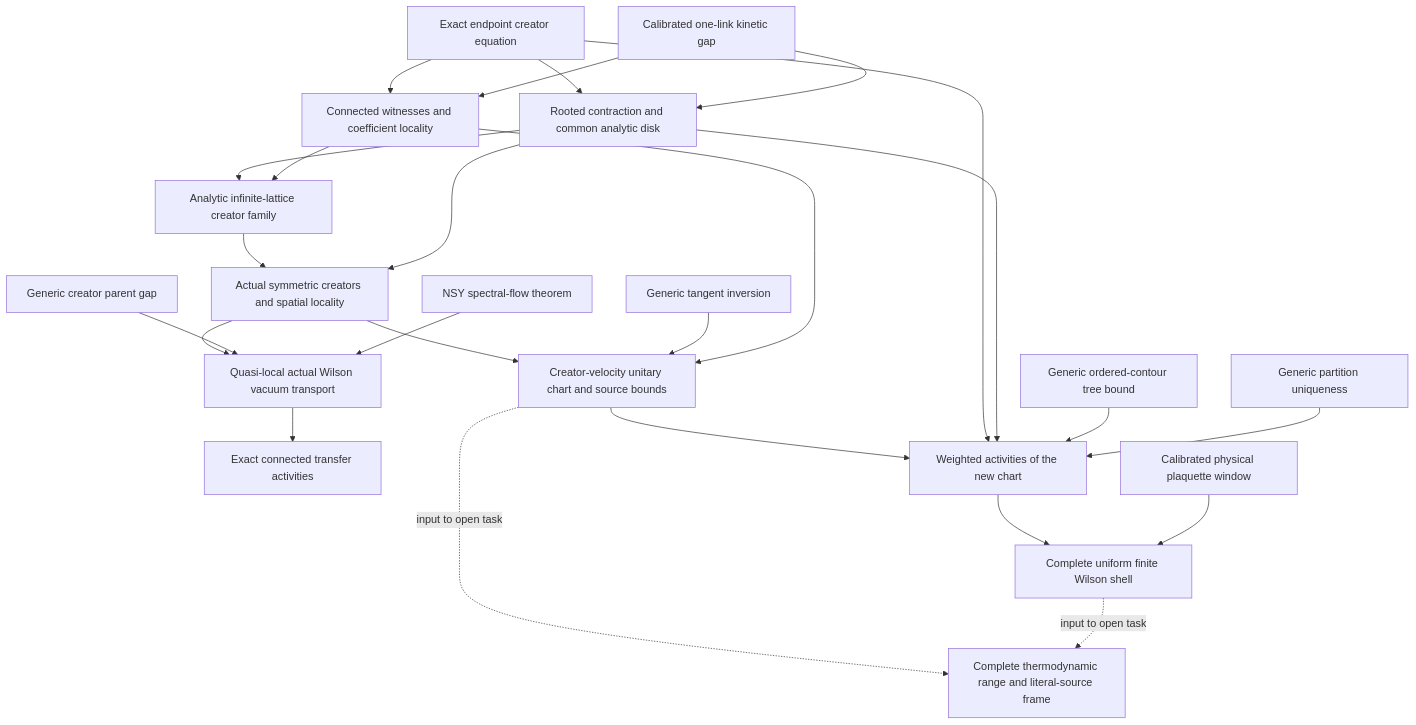
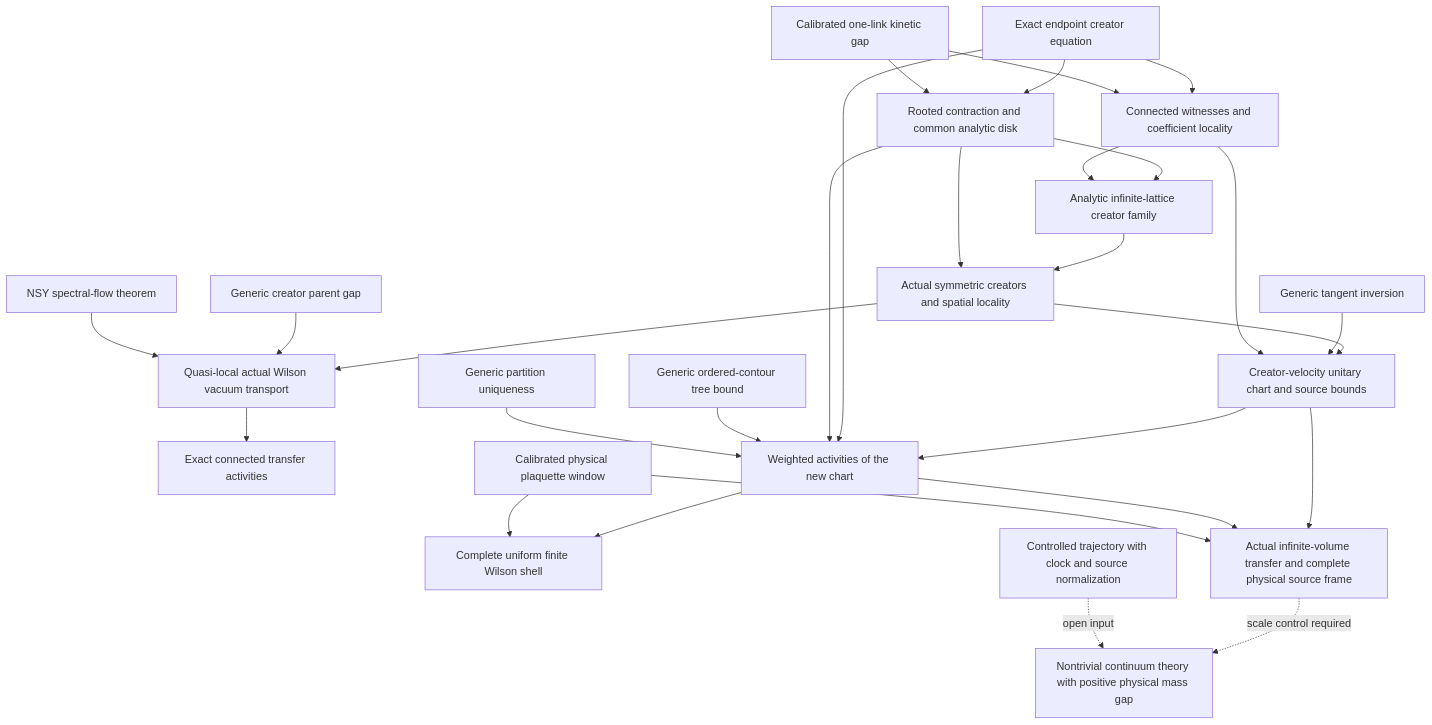
Before and after one commit to ats314/WORKHOUSE: the diagram in docs/current_research.md, drawn with Mermaid. The commit also changed other lines of this file and 41 other files, not shown here.

Commit message:
Complete the infinite-volume physical Wilson band and source frame

````diff
--- a/docs/current_research.md
+++ b/docs/current_research.md
@@ -138,27 +144,30 @@
 ```mermaid
 flowchart TD
   E[Exact endpoint creator equation] --> C[Rooted contraction and common analytic disk]
   K[Calibrated one-link kinetic gap] --> C
   E --> L[Connected witnesses and coefficient locality]
   K --> L
   C --> T[Analytic infinite-lattice creator family]
   L --> T
   T --> W[Actual symmetric creators and spatial locality]
   C --> W
   W --> Q[Quasi-local actual Wilson vacuum transport]
   G[Generic creator parent gap] --> Q
   N[NSY spectral-flow theorem] --> Q
   Q --> A[Exact connected transfer activities]
   W --> V[Creator-velocity unitary chart and source bounds]
   I[Generic tangent inversion] --> V
   L --> V
   V --> O[Weighted activities of the new chart]
   E --> O
   C --> O
   R[Generic ordered-contour tree bound] --> O
   M[Generic partition uniqueness] --> O
   O --> F[Complete uniform finite Wilson shell]
   PW[Calibrated physical plaquette window] --> F
-  V -. input to open task .-> P[Complete thermodynamic range and literal-source frame]
-  F -. input to open task .-> P
+  V --> P[Actual infinite-volume transfer and complete physical source frame]
+  O --> P
+  PW --> P
+  P -. scale control required .-> CL[Nontrivial continuum theory with positive physical mass gap]
+  RG[Controlled trajectory with clock and source normalization] -. open input .-> CL
 ```
````
